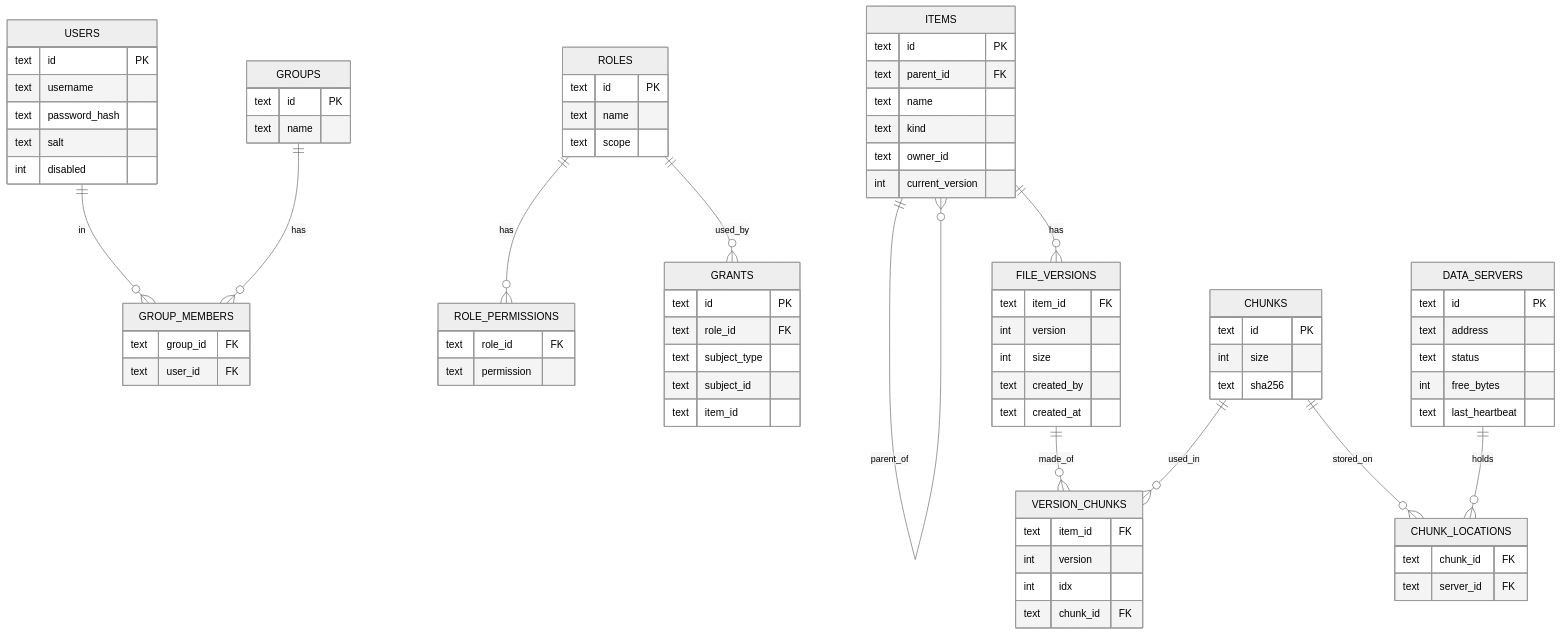
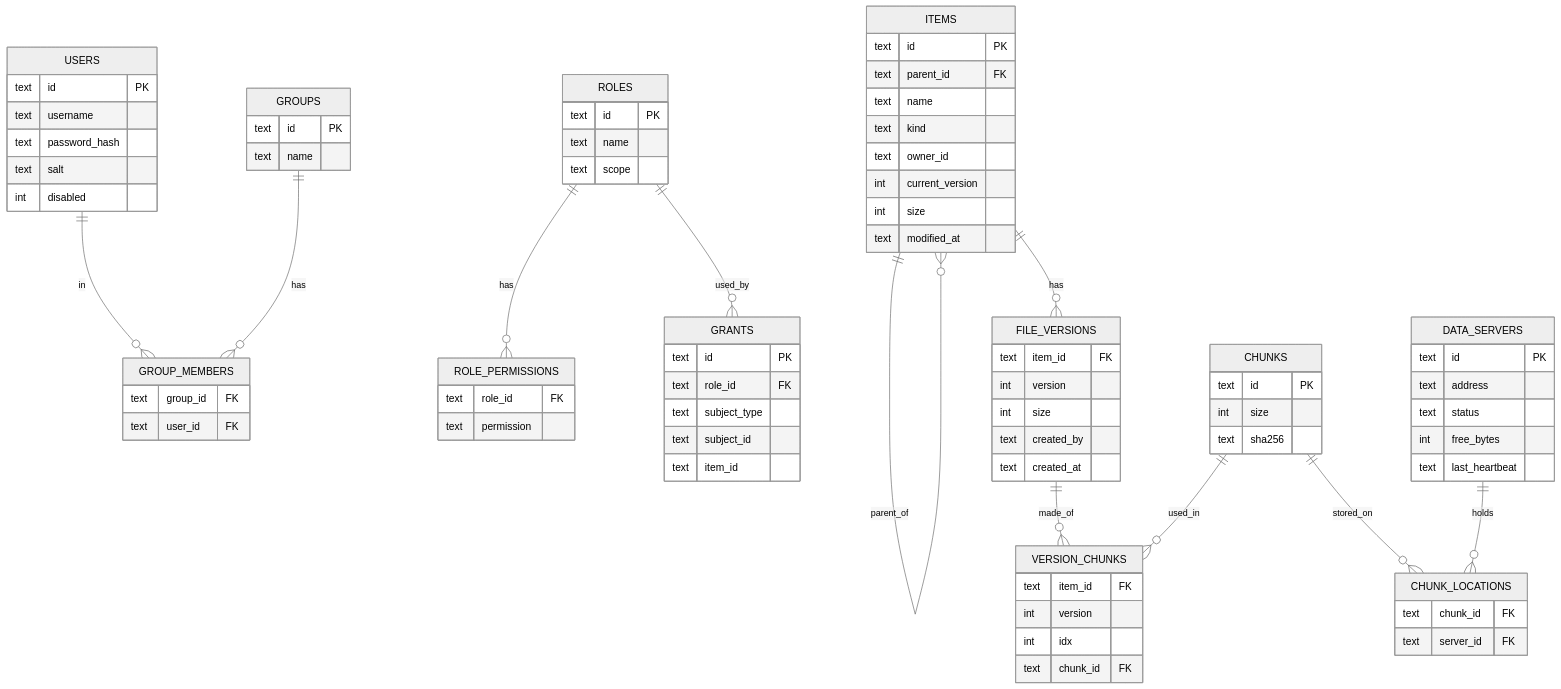
Before and after one commit to DistributedFileSystem/centralized-distributed-file-systems: the diagram in docs/data-model.md, drawn with Mermaid (neutral theme). The commit also changed other lines of this file and 4 other files, not shown here.

```diff
--- a/docs/data-model.md
+++ b/docs/data-model.md
@@ -54,6 +54,8 @@
     text kind
     text owner_id
     int current_version
+    int size
+    text modified_at
   }
   FILE_VERSIONS {
     text item_id FK
```
